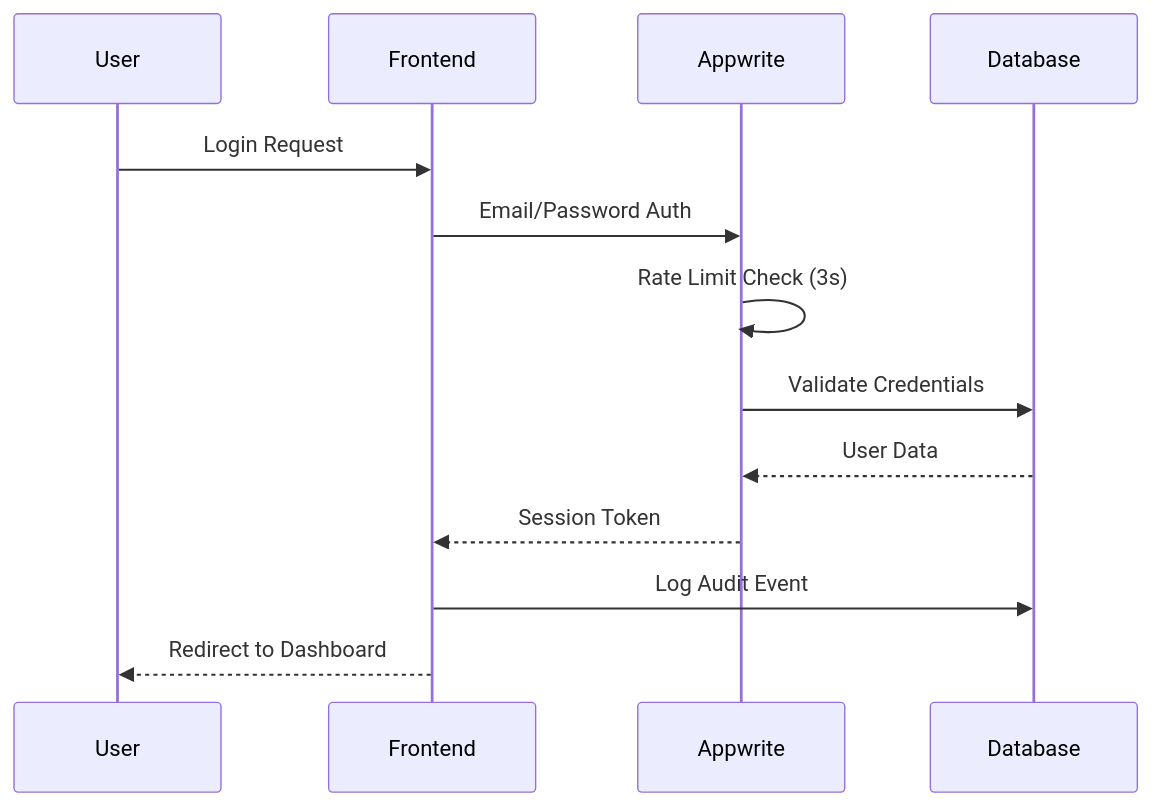
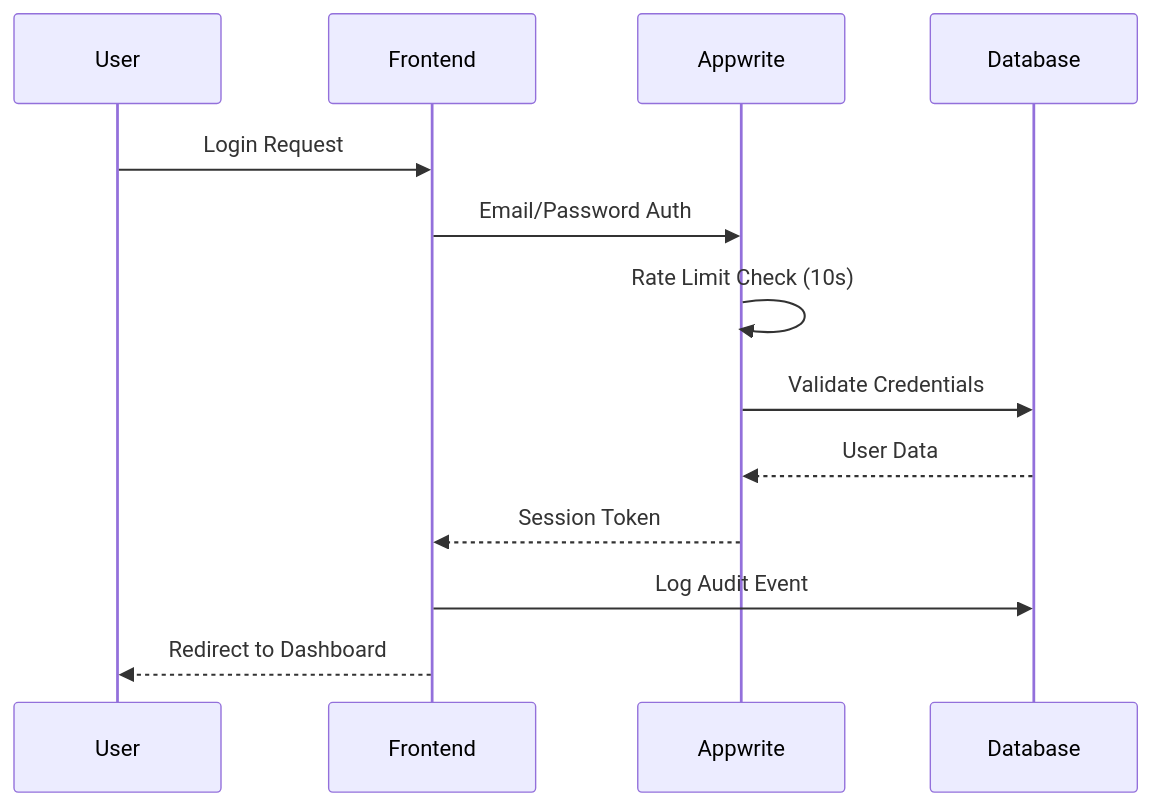
One commit to hafizbahtiar/my-console changed the diagram in docs/ARCHITECTURE.md. Above: the diagram before and after it, drawn with Mermaid. The commit also changed other lines of this file and 75 other files, not shown here.

````diff
--- a/docs/ARCHITECTURE.md
+++ b/docs/ARCHITECTURE.md
@@ -59,16 +117,16 @@
 ```mermaid
 sequenceDiagram
     participant U as User
     participant F as Frontend
     participant A as Appwrite
     participant DB as Database
 
     U->>F: Login Request
     F->>A: Email/Password Auth
-    A->>A: Rate Limit Check (3s)
+    A->>A: Rate Limit Check (10s)
     A->>DB: Validate Credentials
     DB-->>A: User Data
     A-->>F: Session Token
     F->>DB: Log Audit Event
     F-->>U: Redirect to Dashboard
 ```
````
